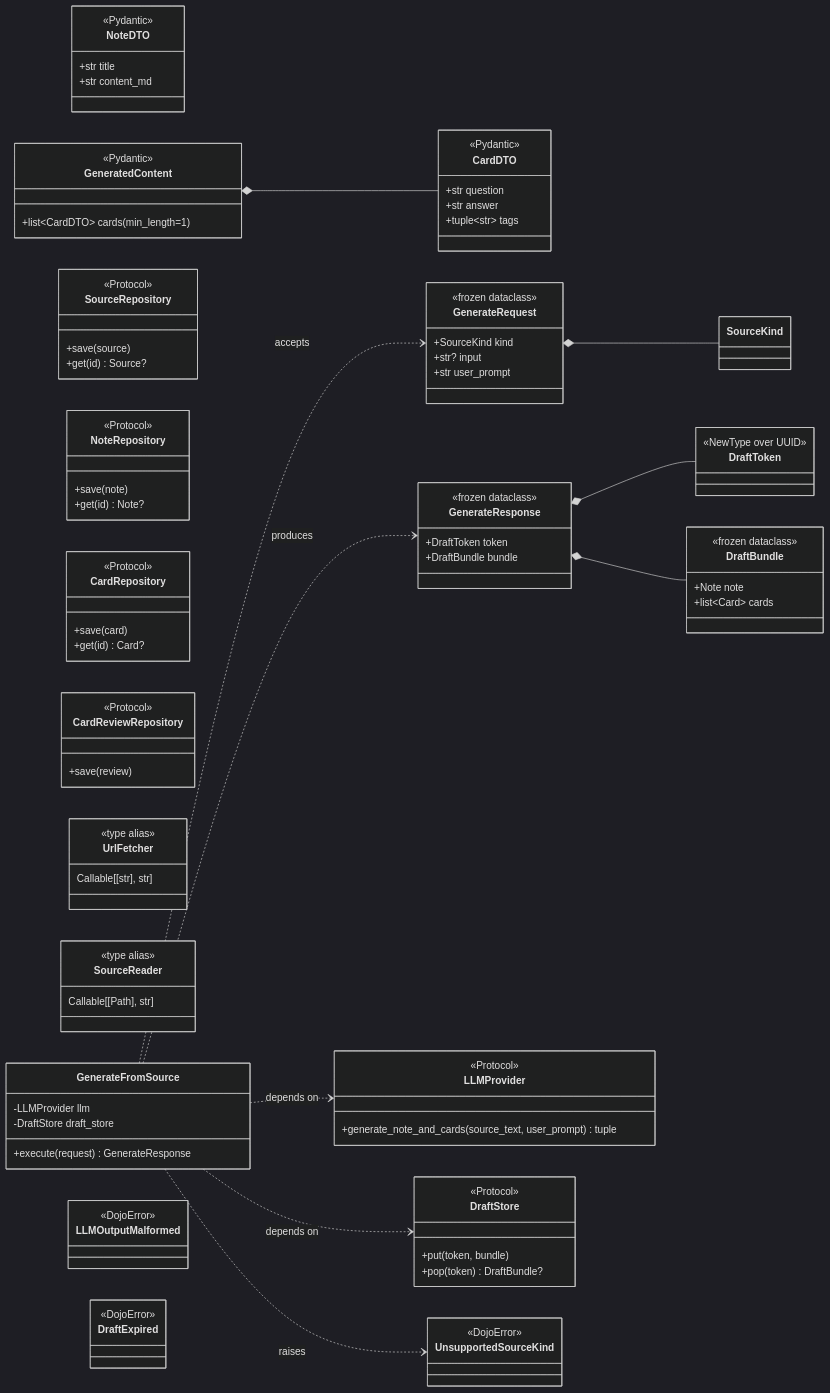
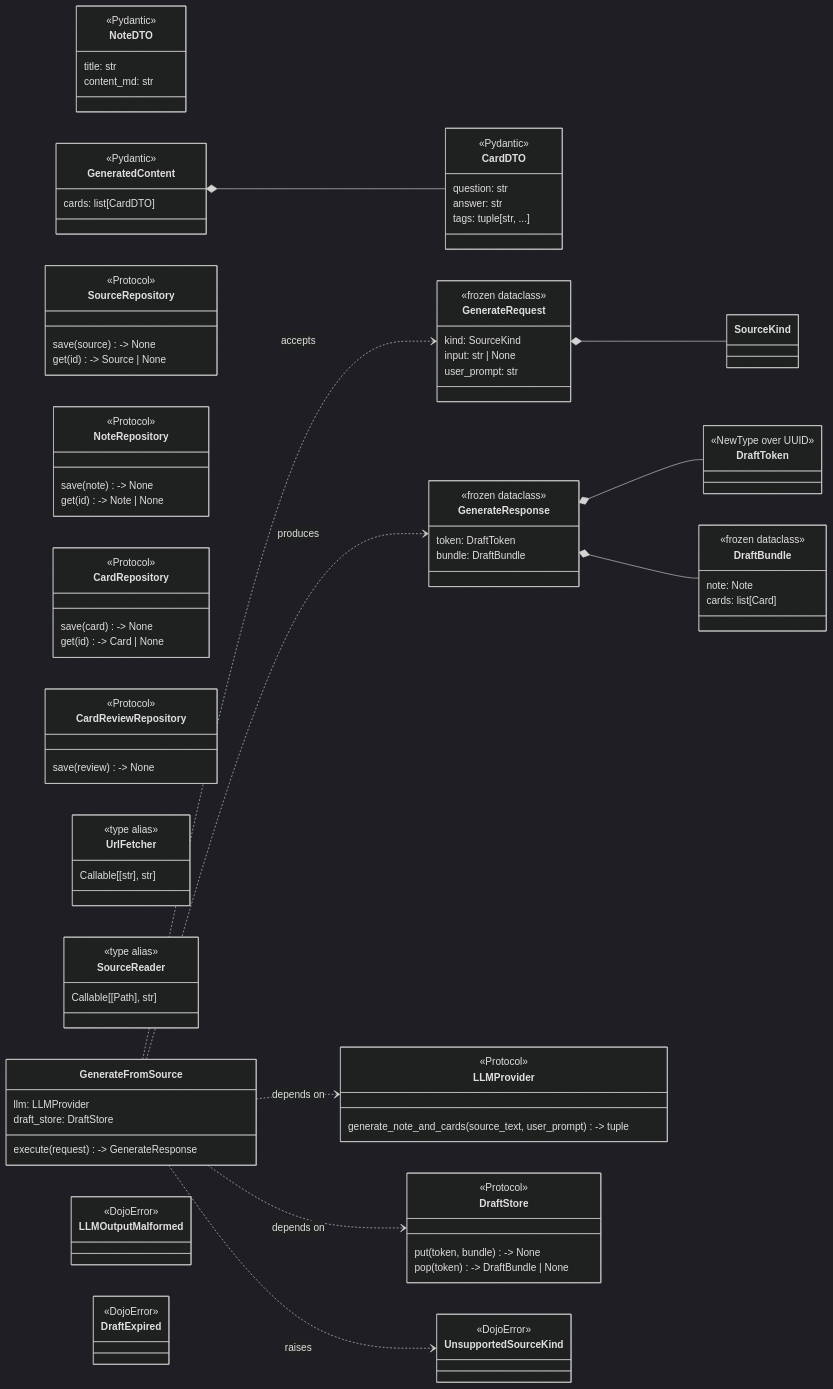
Before and after one commit to pvardanis/dojo: the third of 5 diagrams in docs/architecture/overview.md, drawn with Mermaid (dark theme). The commit also changed other lines of this file, not shown here.

First line of the commit message:
docs(arch): convert class diagrams to Python-native name: type syntax

```diff
--- a/docs/architecture/overview.md
+++ b/docs/architecture/overview.md
@@ -193,36 +193,36 @@
     %% DTOs at the LLM boundary (Pydantic)
     class NoteDTO {
         <<Pydantic>>
-        +str title
-        +str content_md
+        title: str
+        content_md: str
     }
     class CardDTO {
         <<Pydantic>>
-        +str question
-        +str answer
-        +tuple~str~ tags
+        question: str
+        answer: str
+        tags: tuple[str, ...]
     }
     class GeneratedContent {
         <<Pydantic>>
-        +list~CardDTO~ cards (min_length=1)
+        cards: list[CardDTO]
     }
 
     %% Internal app DTOs (stdlib dataclass)
     class GenerateRequest {
         <<frozen dataclass>>
-        +SourceKind kind
-        +str? input
-        +str user_prompt
+        kind: SourceKind
+        input: str | None
+        user_prompt: str
     }
     class GenerateResponse {
         <<frozen dataclass>>
-        +DraftToken token
-        +DraftBundle bundle
+        token: DraftToken
+        bundle: DraftBundle
     }
     class DraftBundle {
         <<frozen dataclass>>
-        +Note note
-        +list~Card~ cards
+        note: Note
+        cards: list[Card]
     }
     class DraftToken {
         <<NewType over UUID>>
@@ -231,31 +231,31 @@
     %% Ports (Protocols — no @runtime_checkable)
     class LLMProvider {
         <<Protocol>>
-        +generate_note_and_cards(source_text, user_prompt) tuple
+        generate_note_and_cards(source_text, user_prompt) -> tuple
     }
     class SourceRepository {
         <<Protocol>>
-        +save(source)
-        +get(id) Source?
+        save(source) -> None
+        get(id) -> Source | None
     }
     class NoteRepository {
         <<Protocol>>
-        +save(note)
-        +get(id) Note?
+        save(note) -> None
+        get(id) -> Note | None
     }
     class CardRepository {
         <<Protocol>>
-        +save(card)
-        +get(id) Card?
+        save(card) -> None
+        get(id) -> Card | None
     }
     class CardReviewRepository {
         <<Protocol>>
-        +save(review)
+        save(review) -> None
     }
     class DraftStore {
         <<Protocol>>
-        +put(token, bundle)
-        +pop(token) DraftBundle?
+        put(token, bundle) -> None
+        pop(token) -> DraftBundle | None
     }
 
     %% Callable aliases (stateless)
@@ -270,9 +270,9 @@
 
     %% Use case
     class GenerateFromSource {
-        -LLMProvider llm
-        -DraftStore draft_store
-        +execute(request) GenerateResponse
+        llm: LLMProvider
+        draft_store: DraftStore
+        execute(request) -> GenerateResponse
     }
 
     %% Application exceptions
```
